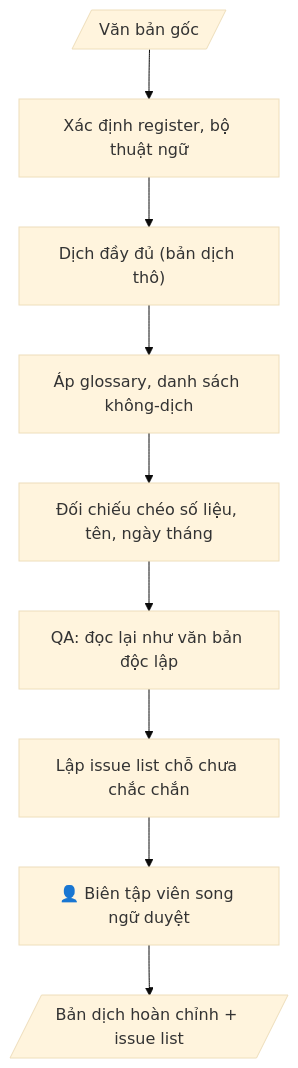
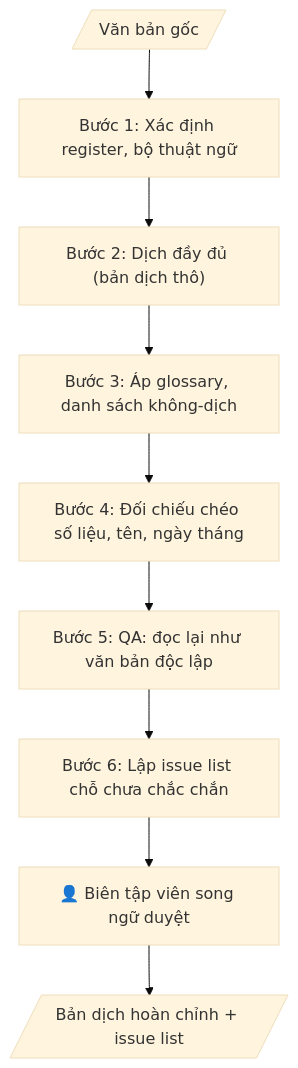
The diagram in skills/dich-thuat-song-ngu-va-thuat-ngu/SKILL.md (phamtruong91/dh-skills), drawn with Mermaid (base theme) before and after one commit. The commit also changed 124 other files, not shown here.

````diff
--- a/skills/dich-thuat-song-ngu-va-thuat-ngu/SKILL.md
+++ b/skills/dich-thuat-song-ngu-va-thuat-ngu/SKILL.md
@@ -80,13 +80,13 @@
 ```mermaid
 flowchart TD
     A[/"Văn bản gốc"/]
-    B["Xác định register, bộ thuật ngữ"]
-    C["Dịch đầy đủ (bản dịch thô)"]
-    D["Áp glossary, danh sách không-dịch"]
-    E["Đối chiếu chéo số liệu, tên, ngày tháng"]
-    F["QA: đọc lại như văn bản độc lập"]
-    G["Lập issue list chỗ chưa chắc chắn"]
+    B["Bước 1: Xác định register, bộ thuật ngữ"]
+    C["Bước 2: Dịch đầy đủ (bản dịch thô)"]
+    D["Bước 3: Áp glossary, danh sách không-dịch"]
+    E["Bước 4: Đối chiếu chéo số liệu, tên, ngày tháng"]
+    F["Bước 5: QA: đọc lại như văn bản độc lập"]
+    G["Bước 6: Lập issue list chỗ chưa chắc chắn"]
     HG["👤 Biên tập viên song ngữ duyệt"]
     H[/"Bản dịch hoàn chỉnh + issue list"/]
     A --> B --> C --> D --> E --> F --> G --> HG --> H
 ```
````
